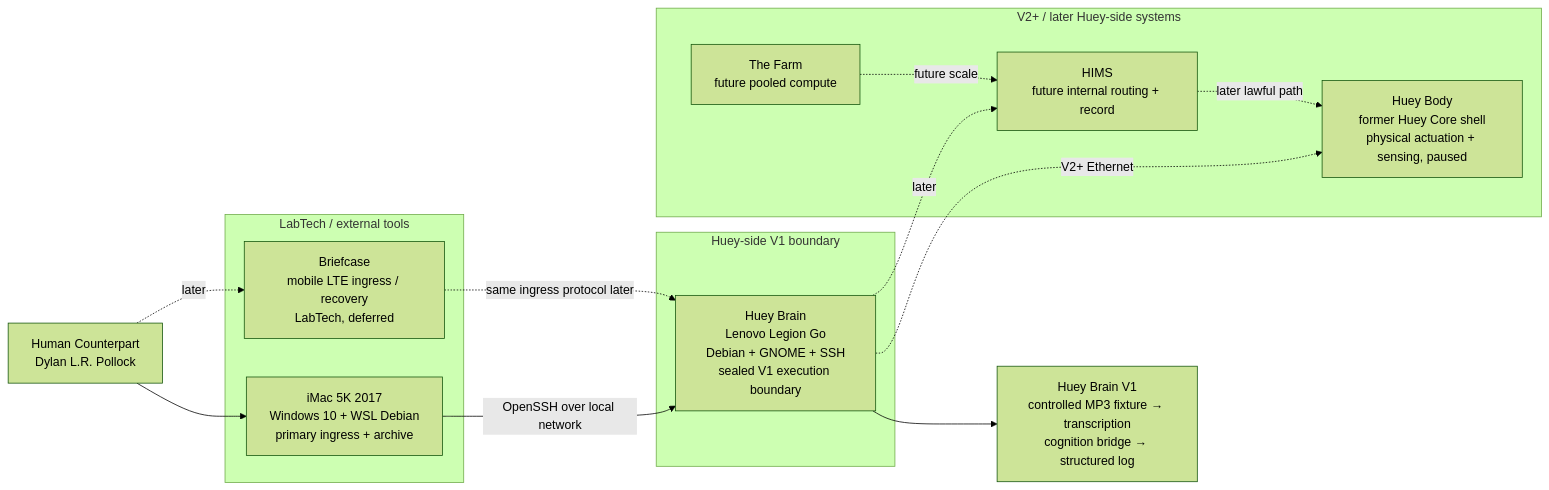
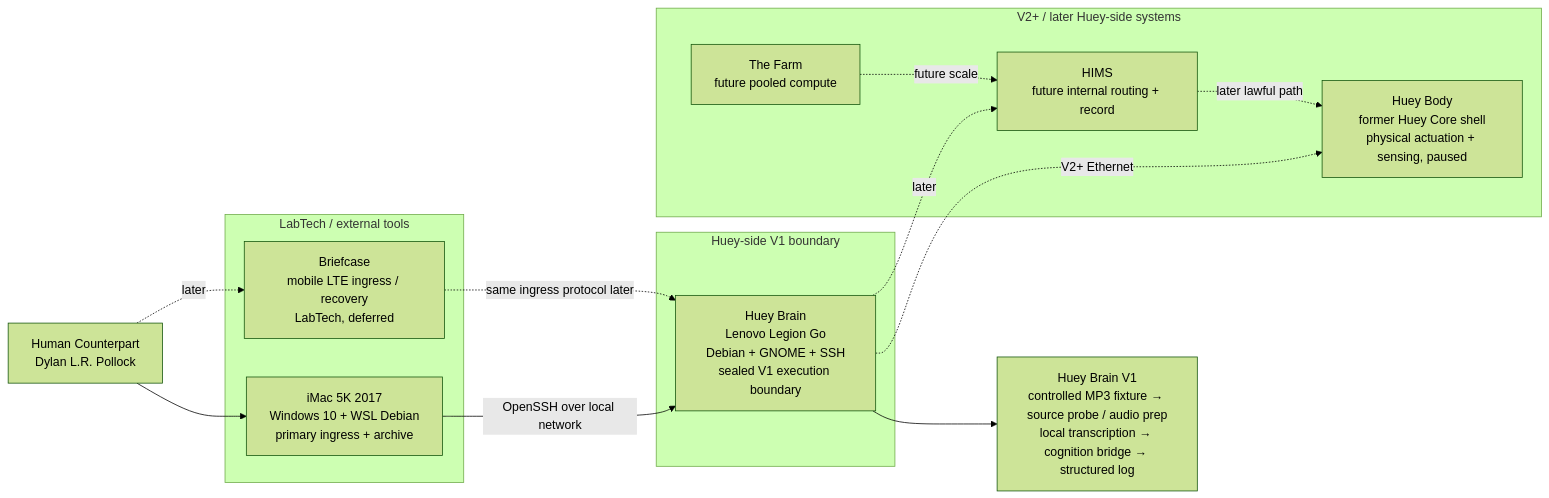
One commit to DylanLRPollock/Monkey-Head-Project changed the first of 5 diagrams in README.md. Above: the diagram before and after it, drawn with Mermaid (forest theme). The commit also changed other lines of this file and 11 other files, not shown here.

````diff
--- a/README.md
+++ b/README.md
@@ -88,32 +88,32 @@
 ```mermaid
 flowchart LR
     Dylan[Human Counterpart\nDylan L.R. Pollock]
 
     subgraph LT[LabTech / external tools]
         IMAC[iMac 5K 2017\nWindows 10 + WSL Debian\nprimary ingress + archive]
         BRIEF[Briefcase\nmobile LTE ingress / recovery\nLabTech, deferred]
     end
 
     subgraph HUEY[Huey-side V1 boundary]
         BRAIN[Huey Brain\nLenovo Legion Go\nDebian + GNOME + SSH\nsealed V1 execution boundary]
     end
 
     subgraph LATER[V2+ / later Huey-side systems]
         BODY[Huey Body\nformer Huey Core shell\nphysical actuation + sensing, paused]
         HIMS[HIMS\nfuture internal routing + record]
         FARM[The Farm\nfuture pooled compute]
     end
 
     Dylan --> IMAC
     Dylan -. later .-> BRIEF
 
     IMAC -->|OpenSSH over local network| BRAIN
     BRIEF -. same ingress protocol later .-> BRAIN
 
-    BRAIN --> V1[Huey Brain V1\ncontrolled MP3 fixture → transcription\ncognition bridge → structured log]
+    BRAIN --> V1[Huey Brain V1\ncontrolled MP3 fixture → source probe / audio prep\nlocal transcription → cognition bridge → structured log]
 
     BRAIN -. V2+ Ethernet .-> BODY
     BRAIN -. later .-> HIMS
     HIMS -. later lawful path .-> BODY
     FARM -. future scale .-> HIMS
 ```
````
